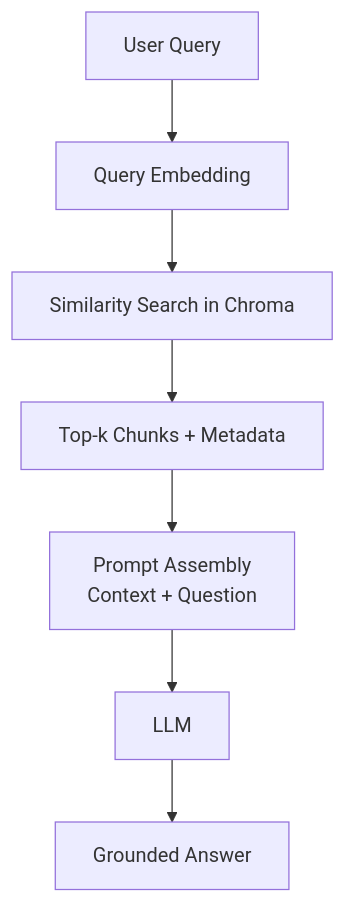
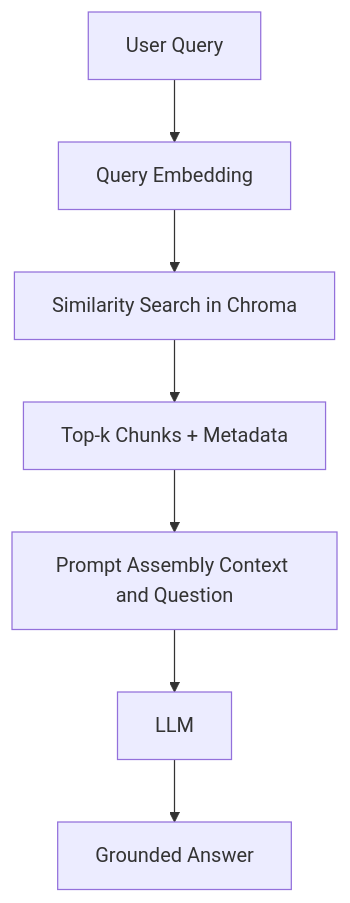
One commit to Roshann78/RAG-BASICS changed the third of 4 diagrams in notes/part-02-document-structure-and-rag-pipeline.md. Above: the diagram before and after it, drawn with Mermaid. The commit also changed other lines of this file, not shown here.

````diff
--- a/notes/part-02-document-structure-and-rag-pipeline.md
+++ b/notes/part-02-document-structure-and-rag-pipeline.md
@@ -140,9 +140,9 @@
 ```mermaid
 flowchart TB
   Q[User Query] --> QE[Query Embedding]
   QE --> S[Similarity Search in Chroma]
   S --> K[Top-k Chunks + Metadata]
-  K --> P[Prompt Assembly<br/>Context + Question]
+  K --> P[Prompt Assembly Context and Question]
   P --> LLM[LLM]
   LLM --> A[Grounded Answer]
 ```
````
